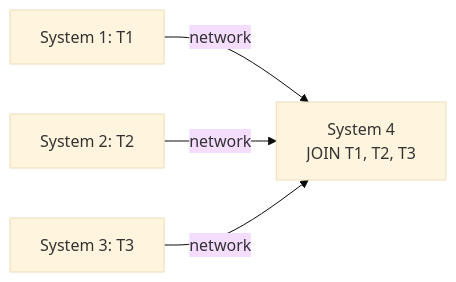
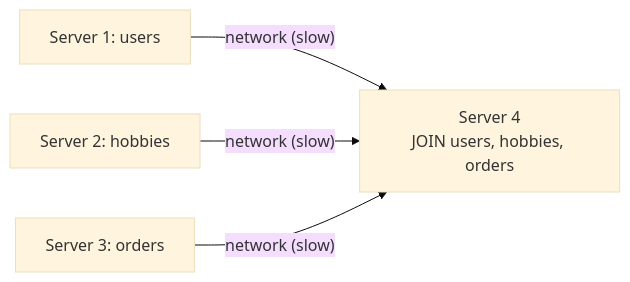
Before and after one commit to aaryan-pradhan/core-cs-fundamentals: the fifth of 13 diagrams in dbms/15-nosql.md, drawn with Mermaid (base theme). The commit also changed other lines of this file, not shown here.

````diff
--- a/dbms/15-nosql.md
+++ b/dbms/15-nosql.md
@@ -111,6 +86,6 @@
 ```mermaid
 flowchart LR
-  S1["System 1: T1"] -- "network" --> S4["System 4<br/>JOIN T1, T2, T3"]
-  S2["System 2: T2"] -- "network" --> S4
-  S3["System 3: T3"] -- "network" --> S4
+  S1["Server 1: users"] -- "network (slow)" --> S4["Server 4<br/>JOIN users, hobbies, orders"]
+  S2["Server 2: hobbies"] -- "network (slow)" --> S4
+  S3["Server 3: orders"] -- "network (slow)" --> S4
 ```
````
